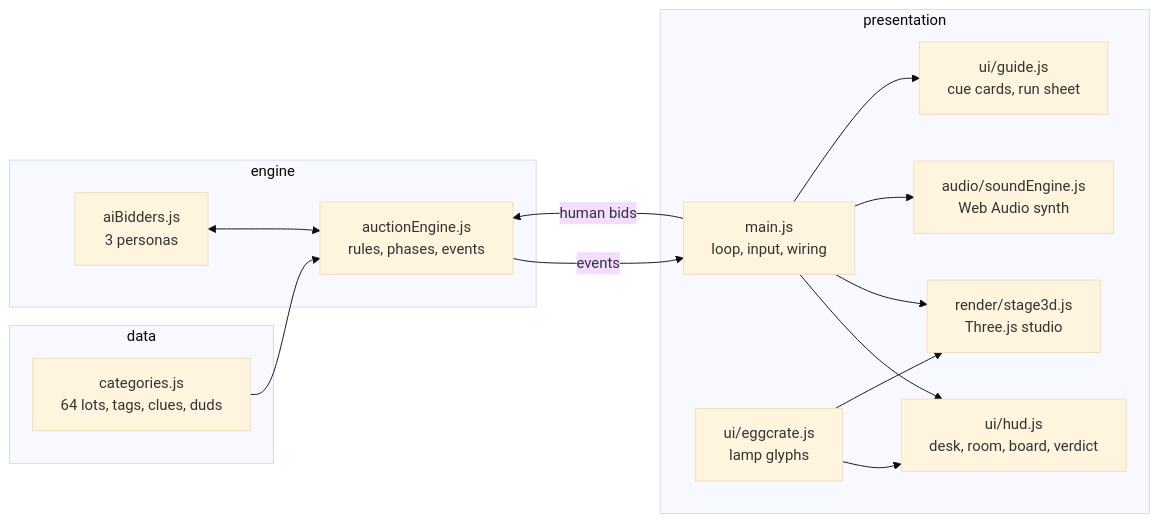
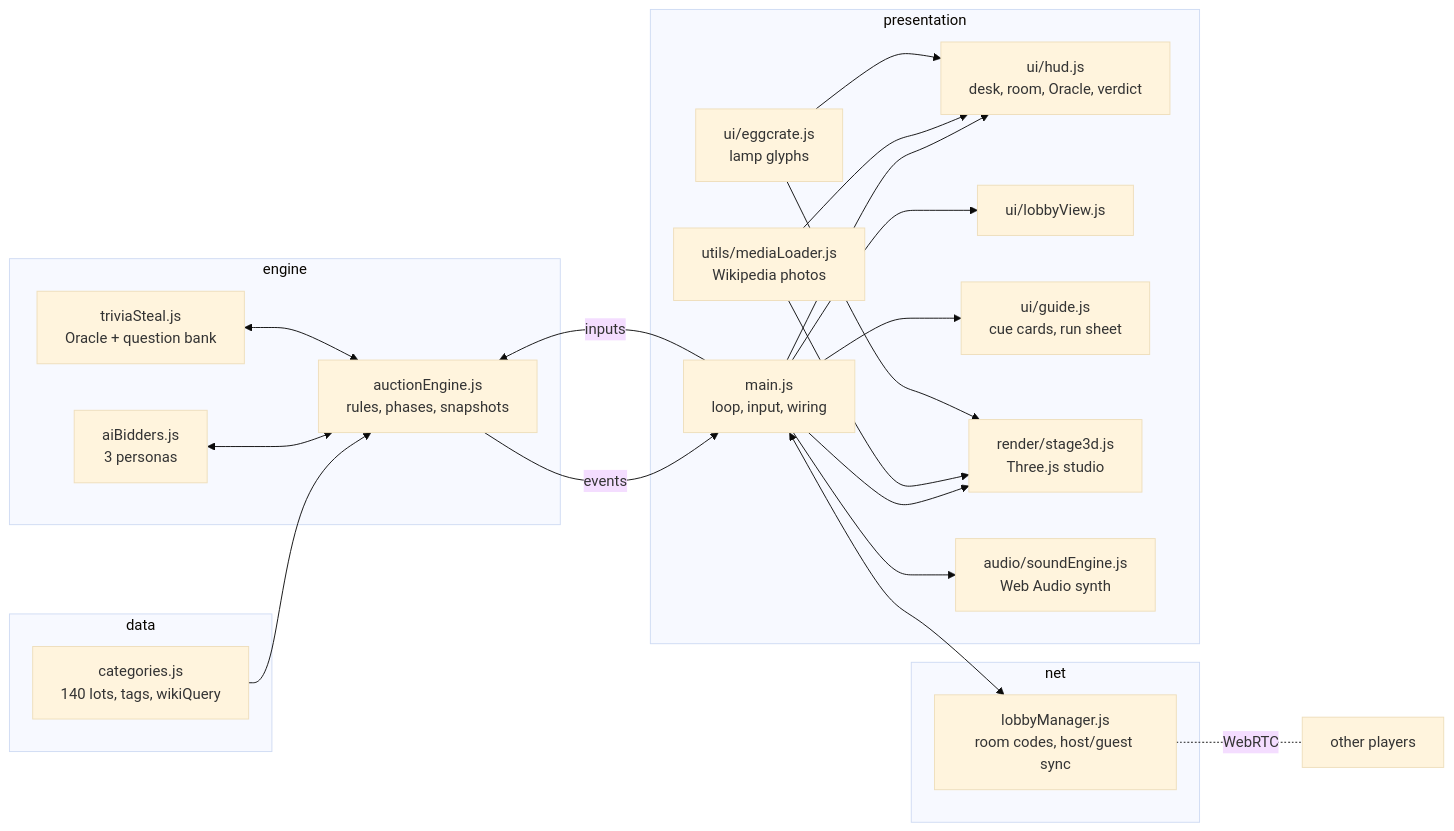
Before and after one commit to DiorWachira/BidLock: the diagram in README.md, drawn with Mermaid (base theme). The commit also changed other lines of this file and 30 other files, not shown here.

First line of the commit message:
BidLock 2.0: real photographs, room-code multiplayer, Oracle trivia steal, 140 lots

````diff
--- a/README.md
+++ b/README.md
@@ -79,28 +136,40 @@
 ```mermaid
 flowchart LR
   subgraph data
-    C[categories.js<br/>64 lots, tags, clues, duds]
+    C[categories.js<br/>140 lots, tags, wikiQuery]
   end
   subgraph engine
-    E[auctionEngine.js<br/>rules, phases, events]
+    E[auctionEngine.js<br/>rules, phases, snapshots]
     A[aiBidders.js<br/>3 personas]
+    T[triviaSteal.js<br/>Oracle + question bank]
+  end
+  subgraph net
+    L[lobbyManager.js<br/>room codes, host/guest sync]
   end
   subgraph presentation
     M[main.js<br/>loop, input, wiring]
-    H[ui/hud.js<br/>desk, room, board, verdict]
+    H[ui/hud.js<br/>desk, room, Oracle, verdict]
+    V[ui/lobbyView.js]
     G[ui/guide.js<br/>cue cards, run sheet]
     X[ui/eggcrate.js<br/>lamp glyphs]
     S[render/stage3d.js<br/>Three.js studio]
     O[audio/soundEngine.js<br/>Web Audio synth]
+    P[utils/mediaLoader.js<br/>Wikipedia photos]
   end
   C --> E
   A <--> E
+  T <--> E
   E -- events --> M
-  M -- human bids --> E
+  M -- inputs --> E
+  M <--> L
+  L -. WebRTC .- L2[other players]
   M --> H
   M --> S
   M --> O
   M --> G
+  M --> V
+  P --> H
+  P --> S
   X --> H
   X --> S
 ```
````
